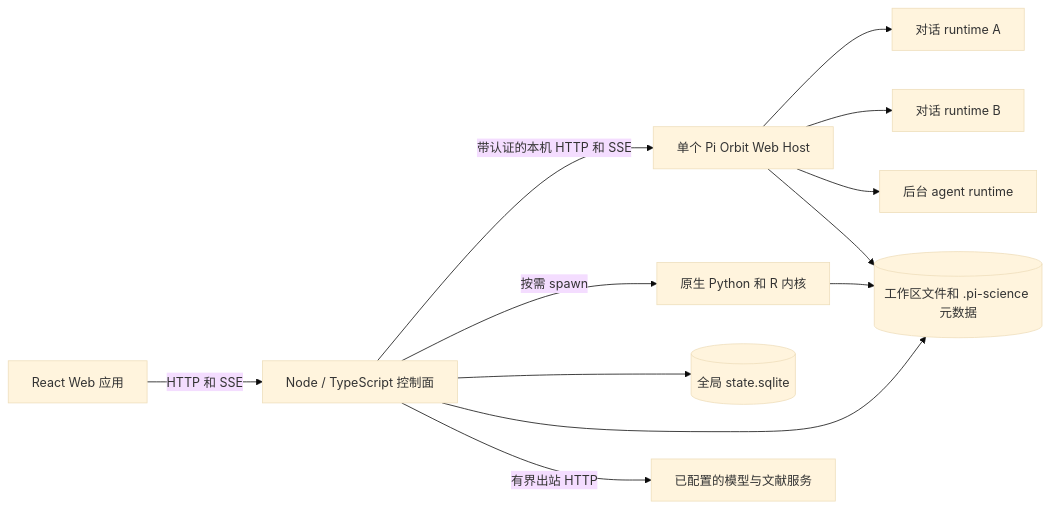
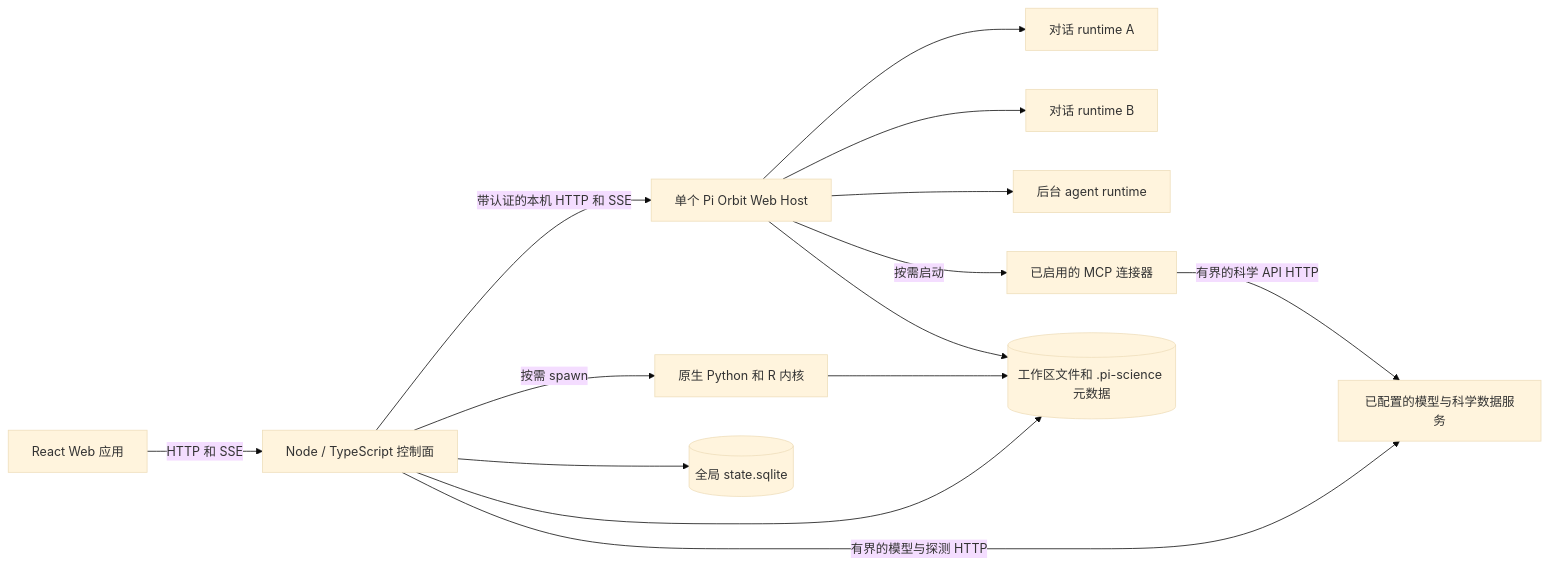
Before and after one commit to Garhorne0813/pi-science: the first of 4 diagrams in docs/architecture.zh-CN.md, drawn with Mermaid (base theme). The commit also changed other lines of this file and 3 other files, not shown here.

Commit message:
docs: document managed scientific MCP architecture

````diff
--- a/docs/architecture.zh-CN.md
+++ b/docs/architecture.zh-CN.md
@@ -10,14 +10,16 @@
 ```mermaid
 flowchart LR
     UI[React Web 应用] -->|HTTP 和 SSE| CP[Node / TypeScript 控制面]
     CP -->|带认证的本机 HTTP 和 SSE| PH[单个 Pi Orbit Web Host]
     PH --> R1[对话 runtime A]
     PH --> R2[对话 runtime B]
     PH --> RN[后台 agent runtime]
+    PH -->|按需启动| MCP[已启用的 MCP 连接器]
     CP -->|按需 spawn| K[原生 Python 和 R 内核]
     CP --> DB[(全局 state.sqlite)]
     CP --> WS[(工作区文件和 .pi-science 元数据)]
-    CP -->|有界出站 HTTP| EXT[已配置的模型与文献服务]
+    CP -->|有界的模型与探测 HTTP| EXT[已配置的模型与科学数据服务]
+    MCP -->|有界的科学 API HTTP| EXT
     PH --> WS
     K --> WS
 ```
````
